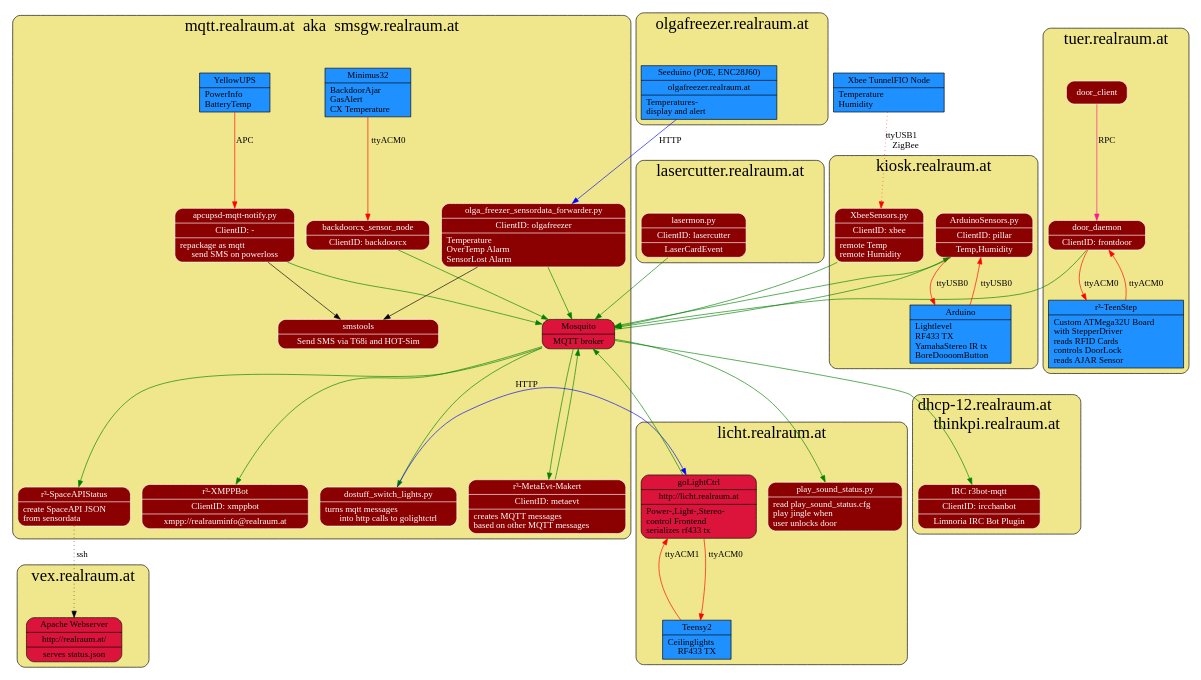
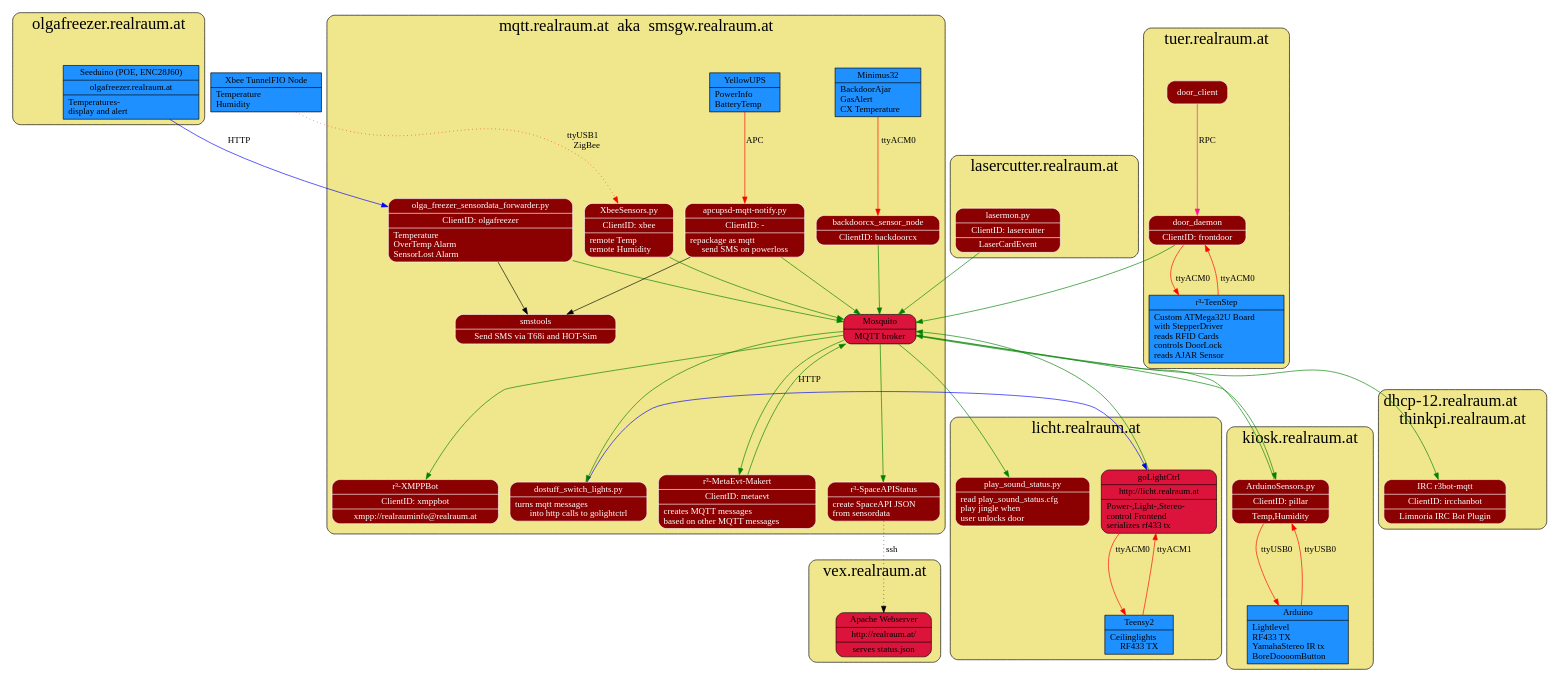
One commit to btittelbach/r3_sensors_light_power_talk changed the diagram in graphs/doorsensors_nodes.dot. Above: the diagram before and after it, drawn with Graphviz. The commit also changed other lines of this file and 2 other files, not shown here.

```diff
--- a/graphs/doorsensors_nodes.dot
+++ b/graphs/doorsensors_nodes.dot
@@ -1,148 +1,148 @@
 digraph doorsensornodes {
   fontsize = 26
   fontname = UbuntuMono
   node [ shape = "record", style="rounded,filled" fillcolor=DarkRed target="_graphviz" fontcolor=white color=white]
 
 /**** Nodes and Clusters *****/
 
   subgraph clustervex {
     label = "vex.realraum.at"
     style="rounded,filled"   fillcolor=Khaki
 
     apache [fillcolor="Crimson" fontcolor=Black color=Black  label = "{Apache Webserver|http://realraum.at/|serves status.json}" href="http://realraum.at/status.json"]
   }
 
   subgraph clustermqtt {
     label = "mqtt.realraum.at  aka  smsgw.realraum.at"
     style="rounded,filled"   fillcolor=Khaki
 
     /* Software */
     smstools [label = "{smstools|Send SMS via T68i and HOT-Sim}"]
     mosquito [label = "{Mosquito|MQTT broker}" fillcolor="Crimson" fontcolor=Black color=Black]
     backdoorcx_sensor_node [label="{backdoorcx_sensor_node|ClientID: backdoorcx}" href="https://github.com/realraum/door_and_sensors/tree/master/backdoorcx_sensor_node"]
     r3_metaevt_maker [label="{r³-MetaEvt-Makert|ClientID: metaevt|creates MQTT messages\lbased on other MQTT messages\l}" href="https://github.com/realraum/door_and_sensors/tree/master/r3-metaevt-maker"]
     r3_spaceapistatus [label="{r³-SpaceAPIStatus|create SpaceAPI JSON\lfrom sensordata\l}" href="https://github.com/realraum/door_and_sensors/tree/master/r3-spaceapistatus"]
     r3_xmppbot [label="{r³-XMPPBot|ClientID: xmppbot| xmpp://realrauminfo@realraum.at}" href="https://github.com/realraum/door_and_sensors/tree/master/r3-spaceapistatus"]
     dostuff_switch_lights [label="{dostuff_switch_lights.py|turns mqtt messages\linto http calls to golightctrl}" href="https://github.com/realraum/door_and_sensors/blob/master/scripts/dostuff_switch_lights.py"]
     olga_freezer_sensordata_forwarder  [label="{olga_freezer_sensordata_forwarder.py|ClientID: olgafreezer|Temperature\lOverTemp Alarm\lSensorLost Alarm\l}" href="https://github.com/realraum/door_and_sensors/blob/master/scripts/olga_freezer_sensordata_forwarder.py"]
     apcupsd_mqtt_notify  [label="{apcupsd-mqtt-notify.py|ClientID: -|repackage as mqtt\lsend SMS on powerloss}" href="https://github.com/realraum/door_and_sensors/blob/master/scripts/apcupsd-mqtt-notify.py"]
+    xbeesensors [label = "{XbeeSensors.py|ClientID: xbee|remote Temp\lremote Humidity\l}" href="https://github.com/realraum/door_and_sensors/blob/master/scripts/xbeesensors.py"]
 
     /* Hardware */
     backdoorminimus [style="filled" fillcolor="DodgerBlue" color=black fontcolor=black label = "{Minimus32|BackdoorAjar\lGasAlert\lCX Temperature\l}"]
     YellowUPS [style="filled" fillcolor="DodgerBlue" color=black fontcolor=black label = "{YellowUPS|PowerInfo\lBatteryTemp\l}"]
   }
 
   subgraph clustertuer {
     label = "tuer.realraum.at"
     style="rounded,filled"   fillcolor=Khaki
 
     /* Software */
     door_client  [href="https://github.com/realraum/door_and_sensors/tree/master/door_client"]
     door_daemon  [label="{door_daemon|ClientID: frontdoor}" href="https://github.com/realraum/door_and_sensors/tree/master/door_daemon"]
 
     /* Hardware */
     teenstep [style="filled" fillcolor="DodgerBlue" color=black fontcolor=black label = "{r³-TeenStep|Custom ATMega32U Board\lwith StepperDriver\lreads RFID Cards\lcontrols DoorLock\lreads AJAR Sensor\l}" href="https://github.com/realraum/teenstep"]
   }
 
   subgraph clusterlicht {
     label = "licht.realraum.at"
     style="rounded,filled"   fillcolor=Khaki
 
     /* Software */
     golightctrl  [fillcolor="Crimson" fontcolor=Black color=Black label="{goLightCtrl|http://licht.realraum.at|Power-,Light-,Stereo-\lcontrol Frontend\lserializes rf433 tx\l}" href="https://github.com/realraum/deckenlichtschalter/tree/master/linux/golightctrl"]
     play_sound_status  [label="{play_sound_status.py|read play_sound_status.cfg\lplay jingle when\luser unlocks door\l}" href="https://github.com/realraum/door_and_sensors/blob/master/scripts/play-sound-status.py"]
 
     /* Hardware */
     ceilingteensy [style="filled" fillcolor="DodgerBlue" color=black fontcolor=black label = "{Teensy2|Ceilinglights\lRF433 TX}" href="https://github.com/realraum/deckenlichtschalter/tree/master/teensy2"]
   }
 
   subgraph clusterkiosk {
     label = "kiosk.realraum.at"
     style="rounded,filled"   fillcolor=Khaki
 
     /* Software */
     arduinosensors [label = "{ArduinoSensors.py|ClientID: pillar|Temp,Humidity}" href="https://github.com/realraum/door_and_sensors/blob/master/scripts/arduinosensors.py"]
-    xbeesensors [label = "{XbeeSensors.py|ClientID: xbee|remote Temp\lremote Humidity\l}" href="https://github.com/realraum/door_and_sensors/blob/master/scripts/xbeesensors.py"]
 
     /* Hardware */
     pillararduino [style="filled" fillcolor="DodgerBlue" color=black fontcolor=black label = "{Arduino|Lightlevel\lRF433 TX\lYamahaStereo IR tx\lBoreDoooomButton\l}"]
   }
 
   subgraph clusterlaser {
     style="rounded,filled"   fillcolor=Khaki
     label = "lasercutter.realraum.at"
 
     /* Software */
     laserctl [label = "{lasermon.py|ClientID: lasercutter|LaserCardEvent}" href="https://github.com/realraum/laserctl/tree/master/raspberry/laser"]
   }
 
     subgraph clusterolgafreezer {
         style="rounded,filled"   fillcolor=Khaki
         label="olgafreezer.realraum.at"
 
         /* Hardware */
         olgafreezerarduino [style="filled" fillcolor="DodgerBlue" color=black fontcolor=black label = "{Seeduino (POE, ENC28J60)|olgafreezer.realraum.at|Temperatures-\ldisplay and alert\l}" href="https://github.com/realraum/olgafreezer_httpPOEtempsensor"]
     }
 
   subgraph clusterthinkpi {
     label = "dhcp-12.realraum.at\lthinkpi.realraum.at"
     style="rounded,filled"   fillcolor="Khaki"
 
     /* Software */
     ircbot [label = "{IRC r3bot-mqtt|ClientID: ircchanbot|Limnoria IRC Bot Plugin}" href="https://github.com/realraum/r3bot-mqtt"]
   }
 
    /* Hardware */
   outsidexbee [style="filled" fillcolor="DodgerBlue" color=black fontcolor=black label = "{Xbee TunnelFIO Node|Temperature\lHumidity\l}"]
 
 
 /*
   subgraph clustergw {
     style="rounded,filled"   fillcolor=Khaki
     label = "gw.realraum.at"
   }
 */
 
 
 
 /**** Edges *****/
 
  /* Serial Connections */
   pillararduino -> arduinosensors -> pillararduino [label="ttyUSB0" color="red"]
   outsidexbee -> xbeesensors  [label="ttyUSB1\lZigBee" color="red" style="dotted"]
   backdoorminimus -> backdoorcx_sensor_node [label="ttyACM0" color="red"]
   golightctrl -> ceilingteensy [label="ttyACM0" color="red"]
   ceilingteensy -> golightctrl [label="ttyACM1"  color="red"]
   YellowUPS -> apcupsd_mqtt_notify [label="APC"  color="red"]
   teenstep -> door_daemon -> teenstep [label="ttyACM0" color="red"]
 
 /* Shell call, remote shell calls, etc */
   r3_spaceapistatus -> apache [color="black" style="dotted" label="ssh"]
   olga_freezer_sensordata_forwarder -> smstools [color = "black"]
   apcupsd_mqtt_notify -> smstools [color = "black"]
 
 /* MQTT Messages */
   backdoorcx_sensor_node -> mosquito [color = "green"]
   mosquito -> r3_metaevt_maker -> mosquito  [color = "green"]
   mosquito -> r3_spaceapistatus  [color = "green"]
   mosquito -> r3_xmppbot  [color = "green"]
   mosquito -> dostuff_switch_lights  [color = "green"]
   olga_freezer_sensordata_forwarder -> mosquito  [color = "green"]
   apcupsd_mqtt_notify -> mosquito  [color = "green"]
   door_daemon -> mosquito  [color = "green"]
   golightctrl -> mosquito  [color = "green"]
   mosquito -> arduinosensors  [color = "green"]
   arduinosensors -> mosquito  [color = "green"]
   xbeesensors -> mosquito  [color = "green"]
   laserctl -> mosquito  [color = "green"]
   mosquito -> play_sound_status  [color = "green"]
   mosquito -> ircbot  [color = "green"]
 
 /* RPC */
   door_client -> door_daemon [label="RPC" color="DeepPink"]
 
 /* HTTP */
 olgafreezerarduino -> olga_freezer_sensordata_forwarder  [label="HTTP" color="Blue"]
 dostuff_switch_lights -> golightctrl [label="HTTP" color="Blue"]
 
 }
```
